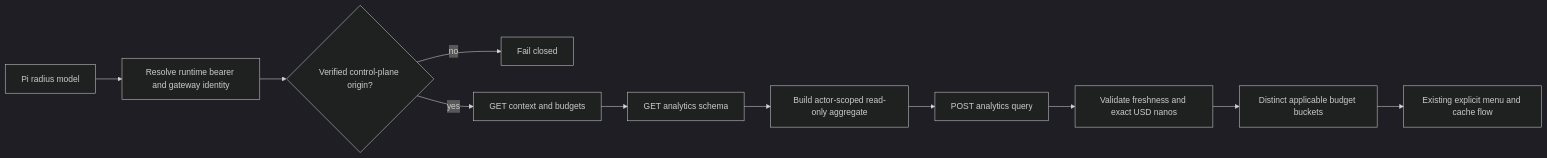
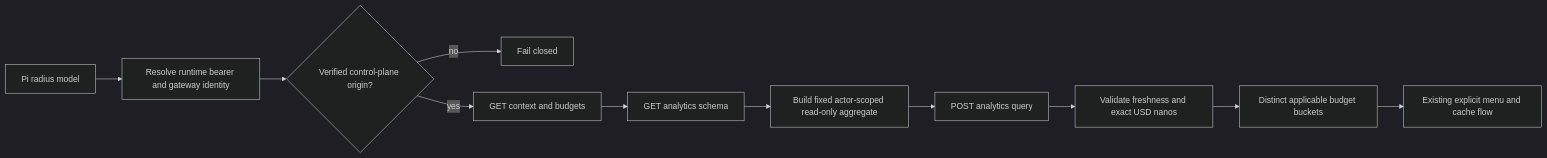
One commit to HangxiangMa/pi-extensions changed the diagram in docs/plans/2026-08-27_pi-usage-radius-support-plan.md. Above: the diagram before and after it, drawn with Mermaid (dark theme). The commit also changed other lines of this file and 2 other files, not shown here.

````diff
--- a/docs/plans/2026-08-27_pi-usage-radius-support-plan.md
+++ b/docs/plans/2026-08-27_pi-usage-radius-support-plan.md
@@ -36,13 +36,13 @@
 ```mermaid
 flowchart LR
     A[Pi radius model] --> B[Resolve runtime bearer and gateway identity]
     B --> C{Verified control-plane origin?}
     C -- no --> X[Fail closed]
     C -- yes --> D[GET context and budgets]
     D --> E[GET analytics schema]
-    E --> F[Build actor-scoped read-only aggregate]
+    E --> F[Build fixed actor-scoped read-only aggregate]
     F --> G[POST analytics query]
     G --> H[Validate freshness and exact USD nanos]
     H --> I[Distinct applicable budget buckets]
     I --> J[Existing explicit menu and cache flow]
 ```
````
